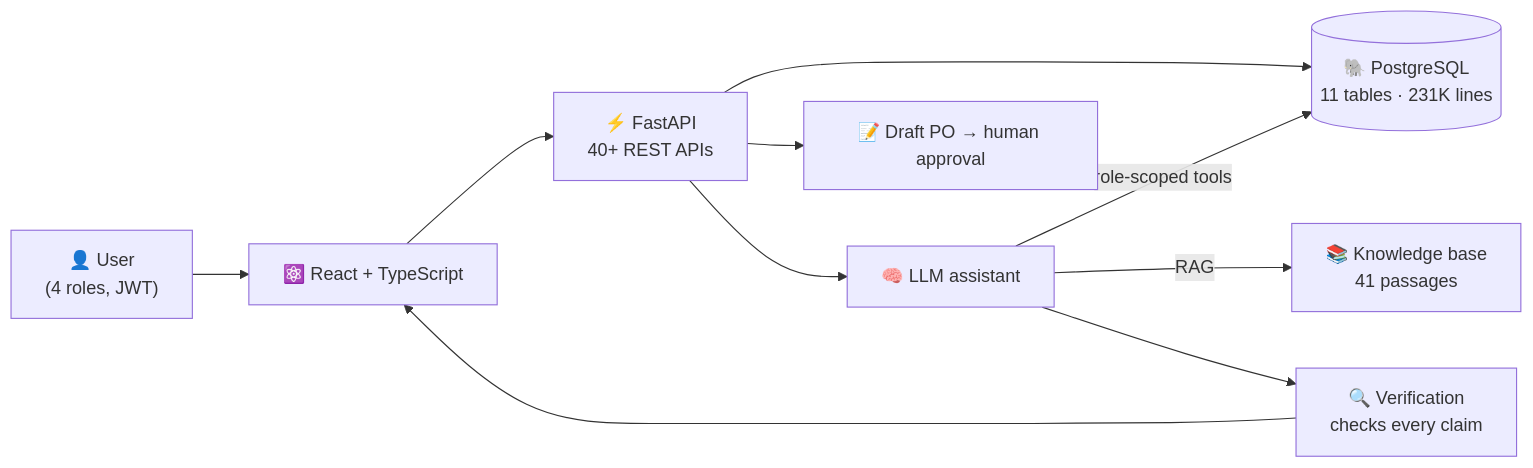
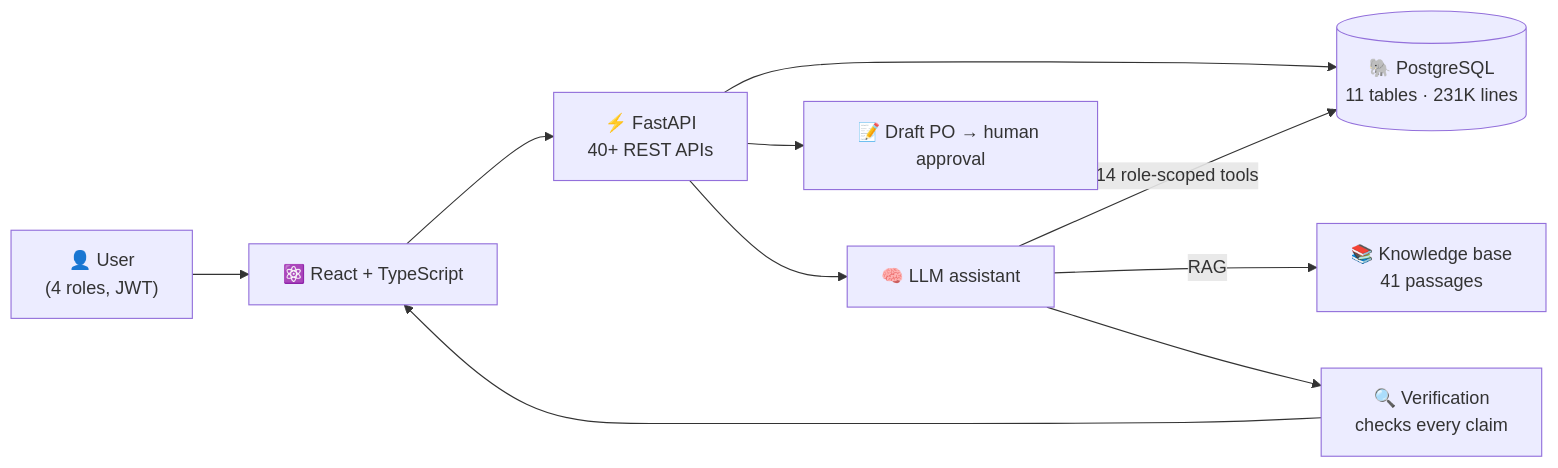
The first of 3 diagrams in README.md (MYSiddique2005/MYSiddique2005), drawn with Mermaid before and after one commit. The commit also changed other lines of this file and 1 other file, not shown here.

Commit message:
Align profile with resume: 28%→100% accuracy, 14 tools, internship section, quick nav, skill icons, streak card

````diff
--- a/README.md
+++ b/README.md
@@ -74,12 +88,12 @@
 ```mermaid
 flowchart LR
     U["👤 User<br/>(4 roles, JWT)"] --> FE["⚛️ React + TypeScript"]
     FE --> API["⚡ FastAPI<br/>40+ REST APIs"]
     API --> DB[("🐘 PostgreSQL<br/>11 tables · 231K lines")]
     API --> AI["🧠 LLM assistant"]
-    AI -->|role-scoped tools| DB
+    AI -->|14 role-scoped tools| DB
     AI -->|RAG| KB["📚 Knowledge base<br/>41 passages"]
     AI --> V["🔍 Verification<br/>checks every claim"]
     V --> FE
     API --> PO["📝 Draft PO → human approval"]
 ```
````
